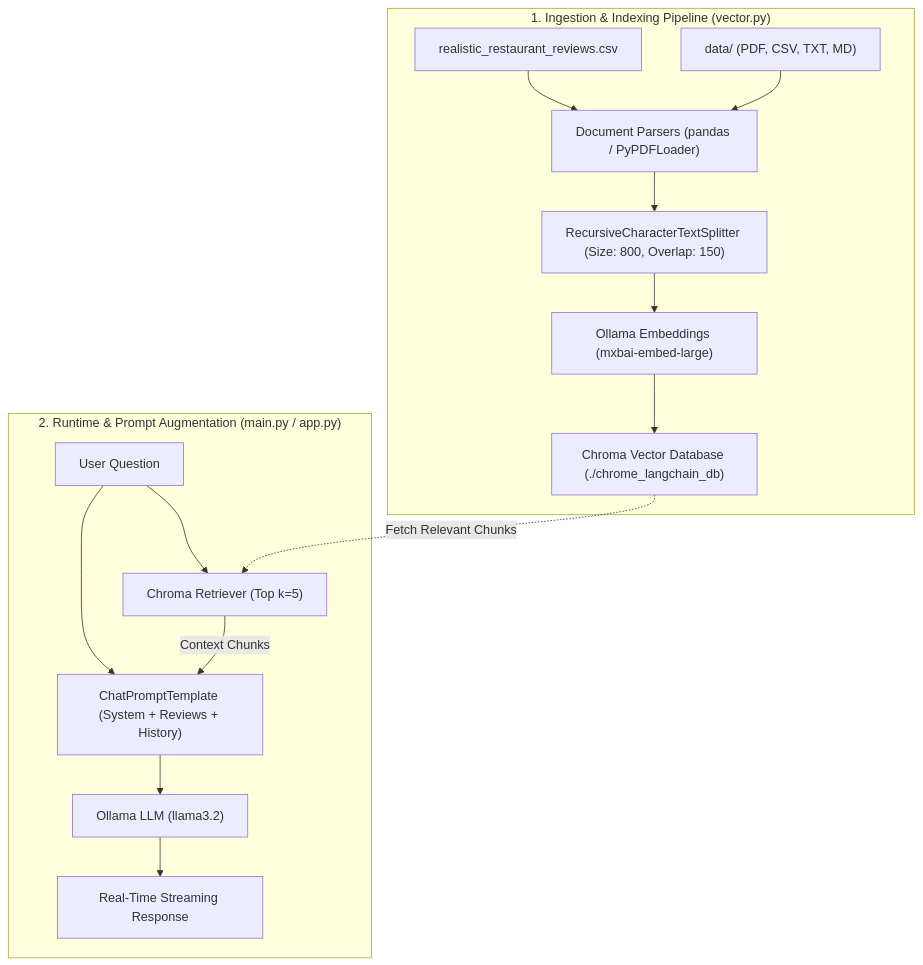
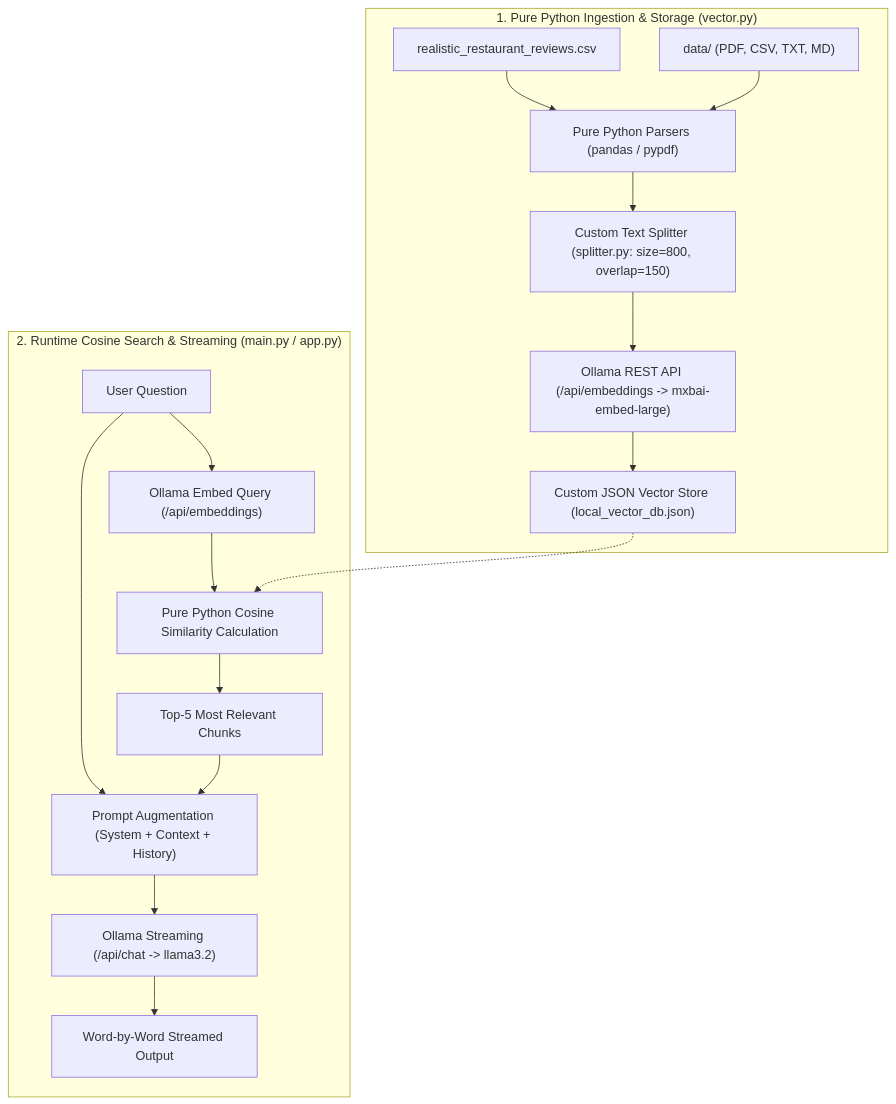
The diagram in README.md (Soeun-Sovannarith/RAG_Implementation), drawn with Mermaid before and after one commit. The commit also changed other lines of this file and 12 other files, not shown here.

````diff
--- a/README.md
+++ b/README.md
@@ -23,32 +20,36 @@
 ```mermaid
 graph TD
-    subgraph Ingestion ["1. Ingestion & Indexing Pipeline (vector.py)"]
+    subgraph Ingestion ["1. Pure Python Ingestion & Storage (vector.py)"]
         CSV["realistic_restaurant_reviews.csv"]
         Uploaded["data/ (PDF, CSV, TXT, MD)"]
-        Parser["Document Parsers (pandas / PyPDFLoader)"]
-        Splitter["RecursiveCharacterTextSplitter (Size: 800, Overlap: 150)"]
-        Embed["Ollama Embeddings (mxbai-embed-large)"]
-        Chroma["Chroma Vector Database (./chrome_langchain_db)"]
+        Parser["Pure Python Parsers (pandas / pypdf)"]
+        Splitter["Custom Text Splitter (splitter.py: size=800, overlap=150)"]
+        Embed["Ollama REST API (/api/embeddings -> mxbai-embed-large)"]
+        Store["Custom JSON Vector Store (local_vector_db.json)"]
         
         CSV --> Parser
         Uploaded --> Parser
         Parser --> Splitter
         Splitter --> Embed
-        Embed --> Chroma
+        Embed --> Store
     end
 
-    subgraph Runtime ["2. Runtime & Prompt Augmentation (main.py / app.py)"]
+    subgraph Runtime ["2. Runtime Cosine Search & Streaming (main.py / app.py)"]
         User["User Question"]
-        Retriever["Chroma Retriever (Top k=5)"]
-        Prompt["ChatPromptTemplate (System + Reviews + History)"]
-        LLM["Ollama LLM (llama3.2)"]
-        Output["Real-Time Streaming Response"]
+        EmbedQuery["Ollama Embed Query (/api/embeddings)"]
+        MathSearch["Pure Python Cosine Similarity Calculation"]
+        TopK["Top-5 Most Relevant Chunks"]
+        PromptFormat["Prompt Augmentation (System + Context + History)"]
+        LLMStream["Ollama Streaming (/api/chat -> llama3.2)"]
+        Output["Word-by-Word Streamed Output"]
         
-        User --> Retriever
-        Chroma -.->|Fetch Relevant Chunks| Retriever
-        Retriever -->|Context Chunks| Prompt
-        User --> Prompt
-        Prompt --> LLM
-        LLM --> Output
+        User --> EmbedQuery
+        EmbedQuery --> MathSearch
+        Store -.-> MathSearch
+        MathSearch --> TopK
+        TopK --> PromptFormat
+        User --> PromptFormat
+        PromptFormat --> LLMStream
+        LLMStream --> Output
     end
 ```
````
